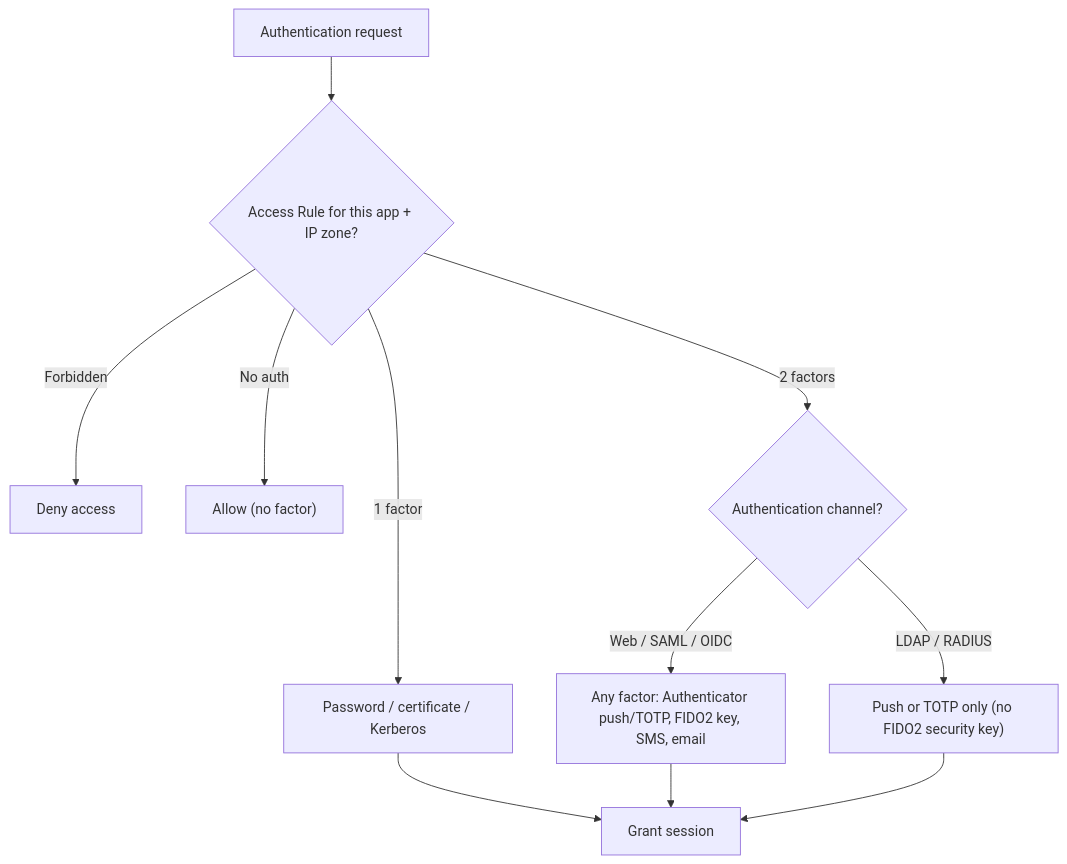
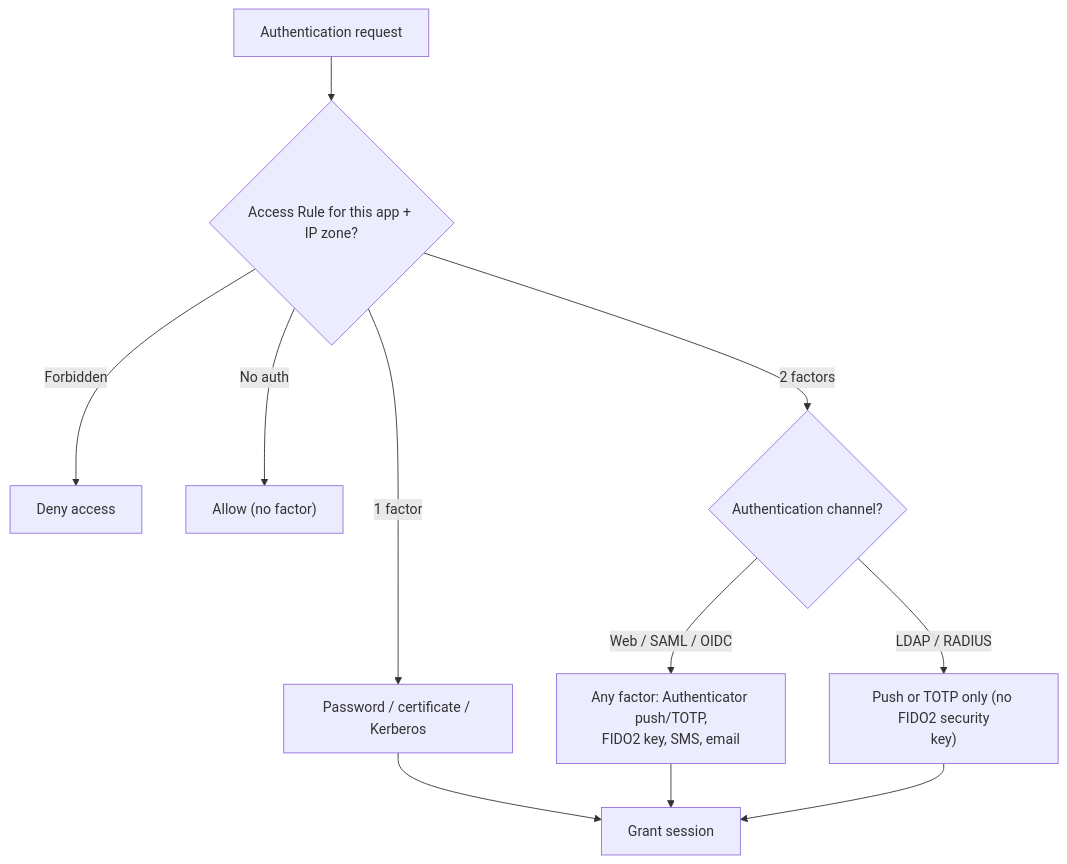
The second of 4 diagrams in deep-dives/idaas-trustelem.md (morandeirachema/WallixCerts), drawn with Mermaid before and after one commit. The commit also changed 37 other files, not shown here.

First line of the commit message:
Make Mermaid node boxes fit their text (wrap long labels) + enforce it

````diff
--- a/deep-dives/idaas-trustelem.md
+++ b/deep-dives/idaas-trustelem.md
@@ -162,13 +162,13 @@
 ```mermaid
 flowchart TD
     Start["Authentication request"] --> Rule{"Access Rule for this app + IP zone?"}
     Rule -->|"Forbidden"| Deny["Deny access"]
     Rule -->|"No auth"| Allow["Allow (no factor)"]
     Rule -->|"1 factor"| OneF["Password / certificate / Kerberos"]
     Rule -->|"2 factors"| Proto{"Authentication channel?"}
-    Proto -->|"Web / SAML / OIDC"| AllFactors["Any factor: Authenticator push/TOTP, FIDO2 key, SMS, email"]
-    Proto -->|"LDAP / RADIUS"| NoKey["Push or TOTP only (no FIDO2 security key)"]
+    Proto -->|"Web / SAML / OIDC"| AllFactors["Any factor: Authenticator push/TOTP,<br/>FIDO2 key, SMS, email"]
+    Proto -->|"LDAP / RADIUS"| NoKey["Push or TOTP only (no FIDO2 security<br/>key)"]
     OneF --> Grant["Grant session"]
     AllFactors --> Grant
     NoKey --> Grant
 ```
````
